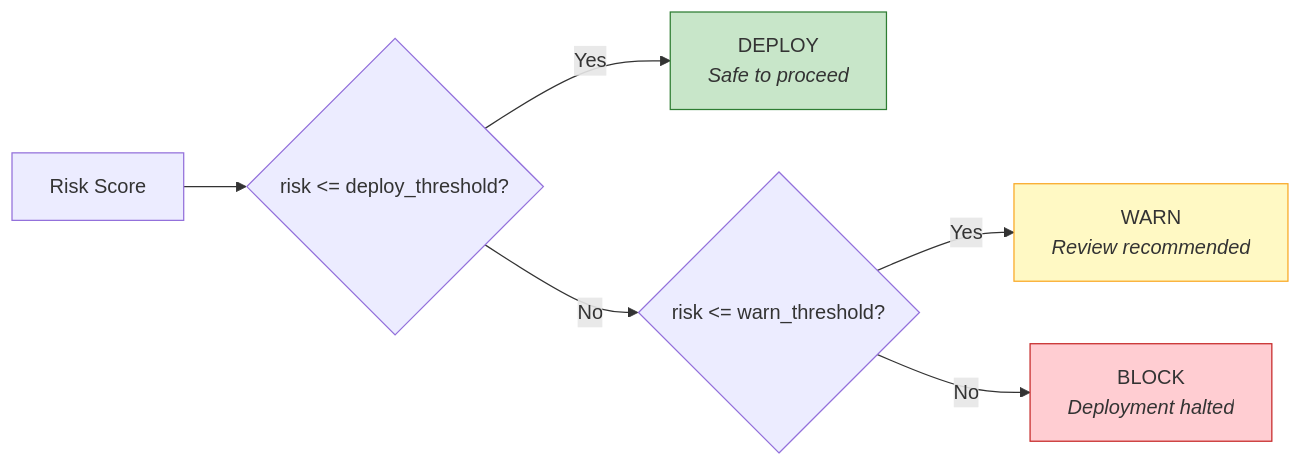
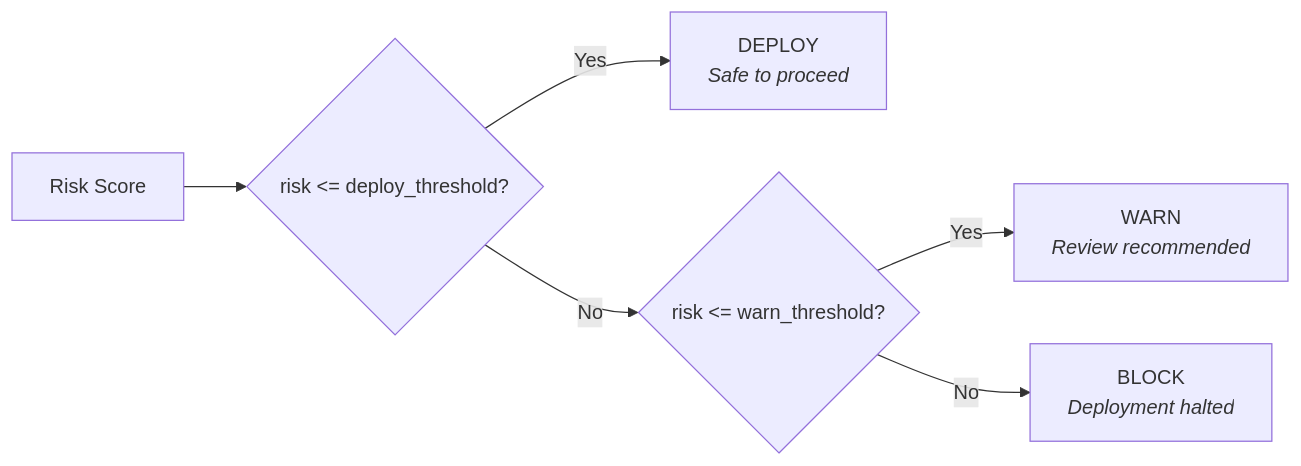
The seventh of 9 diagrams in docs/ARCHITECTURE.md (kunalsinghdadhwal/symmetrical-broccoli), drawn with Mermaid before and after one commit. The commit also changed other lines of this file, not shown here.

````diff
--- a/docs/ARCHITECTURE.md
+++ b/docs/ARCHITECTURE.md
@@ -847,12 +813,8 @@
 ```mermaid
 graph LR
     A["Risk Score"] --> B{risk <= deploy_threshold?}
     B -->|Yes| C["DEPLOY<br/><i>Safe to proceed</i>"]
     B -->|No| D{risk <= warn_threshold?}
     D -->|Yes| E["WARN<br/><i>Review recommended</i>"]
     D -->|No| F["BLOCK<br/><i>Deployment halted</i>"]
-
-    style C fill:#c8e6c9,stroke:#2e7d32
-    style E fill:#fff9c4,stroke:#f9a825
-    style F fill:#ffcdd2,stroke:#c62828
 ```
````
